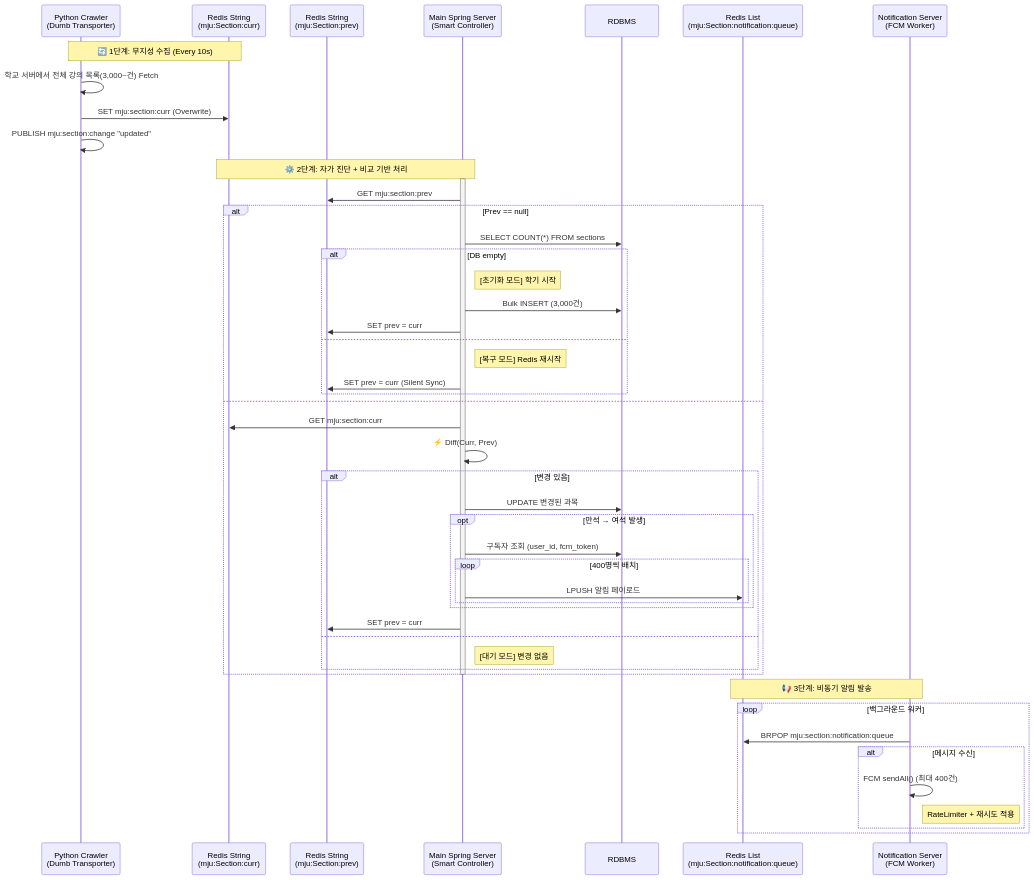
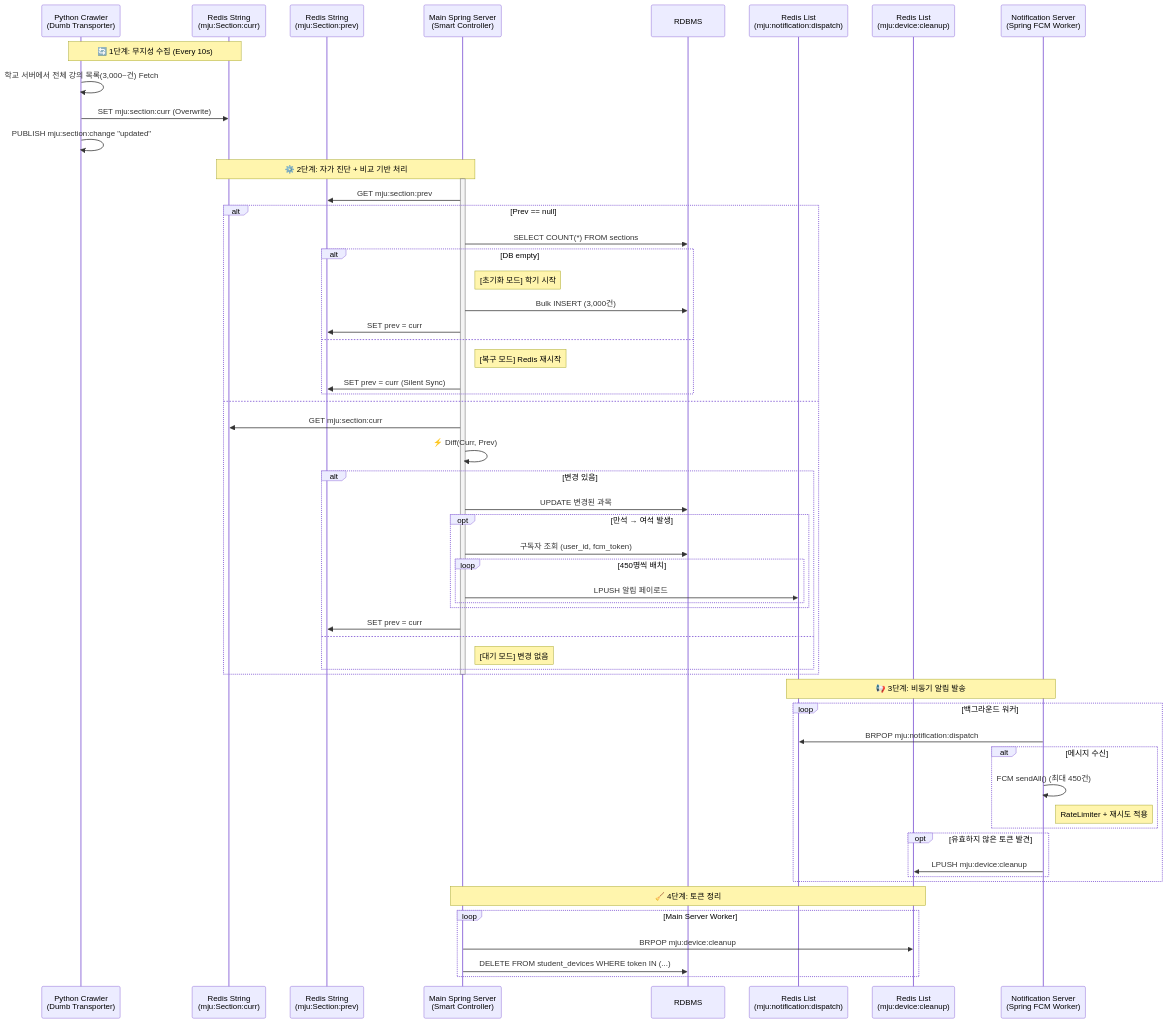
One commit to mju-sugangsincheong-helper/mju-sugangsincheong-helper-backend changed the first of 4 diagrams in doc/real_architecture.md. Above: the diagram before and after it, drawn with Mermaid. The commit also changed other lines of this file, not shown here.

````diff
--- a/doc/real_architecture.md
+++ b/doc/real_architecture.md
@@ -127,55 +127,65 @@
 ```mermaid
 sequenceDiagram
     participant C as Python Crawler<br/>(Dumb Transporter)
     participant RC as Redis String<br/>(mju:Section:curr)
     participant RP as Redis String<br/>(mju:Section:prev)
     participant M as Main Spring Server<br/>(Smart Controller)
     participant DB as RDBMS
-    participant Q as Redis List<br/>(mju:Section:notification:queue)
-    participant S as Notification Server<br/>(FCM Worker)
+    participant Q as Redis List<br/>(mju:notification:dispatch)
+    participant Cleanup as Redis List<br/>(mju:device:cleanup)
+    participant S as Notification Server<br/>(Spring FCM Worker)
 
     Note over C, RC: 🔄 1단계: 무지성 수집 (Every 10s)
     C->>C: 학교 서버에서 전체 강의 목록(3,000~건) Fetch
     C->>RC: SET mju:section:curr (Overwrite)
     C->>C: PUBLISH mju:section:change "updated"
 
     Note over RC, M: ⚙️ 2단계: 자가 진단 + 비교 기반 처리
     activate M
     M->>RP: GET mju:section:prev
     alt Prev == null
         M->>DB: SELECT COUNT(*) FROM sections
         alt DB empty
             Note right of M: [초기화 모드] 학기 시작
             M->>DB: Bulk INSERT (3,000건)
             M->>RP: SET prev = curr
         else
             Note right of M: [복구 모드] Redis 재시작
             M->>RP: SET prev = curr (Silent Sync)
         end
     else
         M->>RC: GET mju:section:curr
         M->>M: ⚡ Diff(Curr, Prev)
         alt 변경 있음
             M->>DB: UPDATE 변경된 과목
             opt 만석 → 여석 발생
                 M->>DB: 구독자 조회 (user_id, fcm_token)
-                loop 400명씩 배치
+                loop 450명씩 배치
                     M->>Q: LPUSH 알림 페이로드
                 end
             end
             M->>RP: SET prev = curr
         else
             Note right of M: [대기 모드] 변경 없음
         end
     end
     deactivate M
 
     Note over Q, S: 📢 3단계: 비동기 알림 발송
     loop 백그라운드 워커
-        S->>Q: BRPOP mju:section:notification:queue
+        S->>Q: BRPOP mju:notification:dispatch
         alt 메시지 수신
-            S->>S: FCM sendAll() (최대 400건)
+            S->>S: FCM sendAll() (최대 450건)
             Note right of S: RateLimiter + 재시도 적용
         end
+        opt 유효하지 않은 토큰 발견
+             S->>Cleanup: LPUSH mju:device:cleanup
+        end
+    end
+    
+    Note over Cleanup, M: 🧹 4단계: 토큰 정리
+    loop Main Server Worker
+        M->>Cleanup: BRPOP mju:device:cleanup
+        M->>DB: DELETE FROM student_devices WHERE token IN (...)
     end
 ```
````
